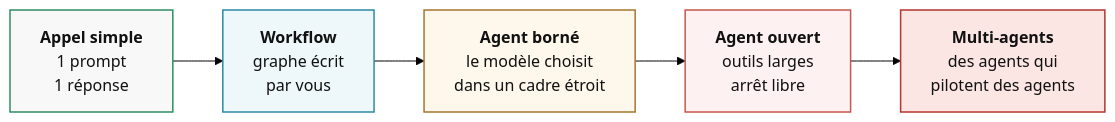
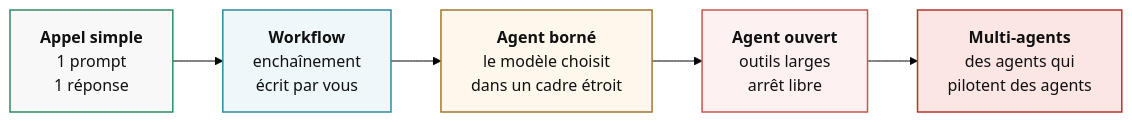
The second of 2 diagrams in pages/01-fondations.md (ClementJanssens/iesn-formation), drawn with Mermaid (forest theme) before and after one commit. The commit also changed other lines of this file and 47 other files, not shown here.

````diff
--- a/pages/01-fondations.md
+++ b/pages/01-fondations.md
@@ -239,17 +695,17 @@
 ```mermaid {scale: 1.0}
 flowchart LR
-  A["<b>Appel simple</b><br>1 prompt<br>1 réponse"] --> B["<b>Workflow</b><br>graphe écrit<br>par vous"]
+  A["<b>Appel simple</b><br>1 prompt<br>1 réponse"] --> B["<b>Workflow</b><br>enchaînement<br>écrit par vous"]
   B --> C["<b>Agent borné</b><br>le modèle choisit<br>dans un cadre étroit"]
   C --> D["<b>Agent ouvert</b><br>outils larges<br>arrêt libre"]
   D --> E["<b>Multi-agents</b><br>des agents qui<br>pilotent des agents"]
   classDef s0 fill:#f8f8f8,stroke:#2f8d63,color:#111111,stroke-width:1.5px
   classDef s1 fill:#eef7fa,stroke:#2c8aa4,color:#111111,stroke-width:1.5px
   classDef s2 fill:#fdf7ec,stroke:#a5762f,color:#111111,stroke-width:1.5px
   classDef s3 fill:#fdf2f1,stroke:#c8564e,color:#111111,stroke-width:1.5px
   classDef s4 fill:#fbe6e4,stroke:#b8332c,color:#111111,stroke-width:1.5px
   class A s0
   class B s1
   class C s2
   class D s3
   class E s4
 ```
````
